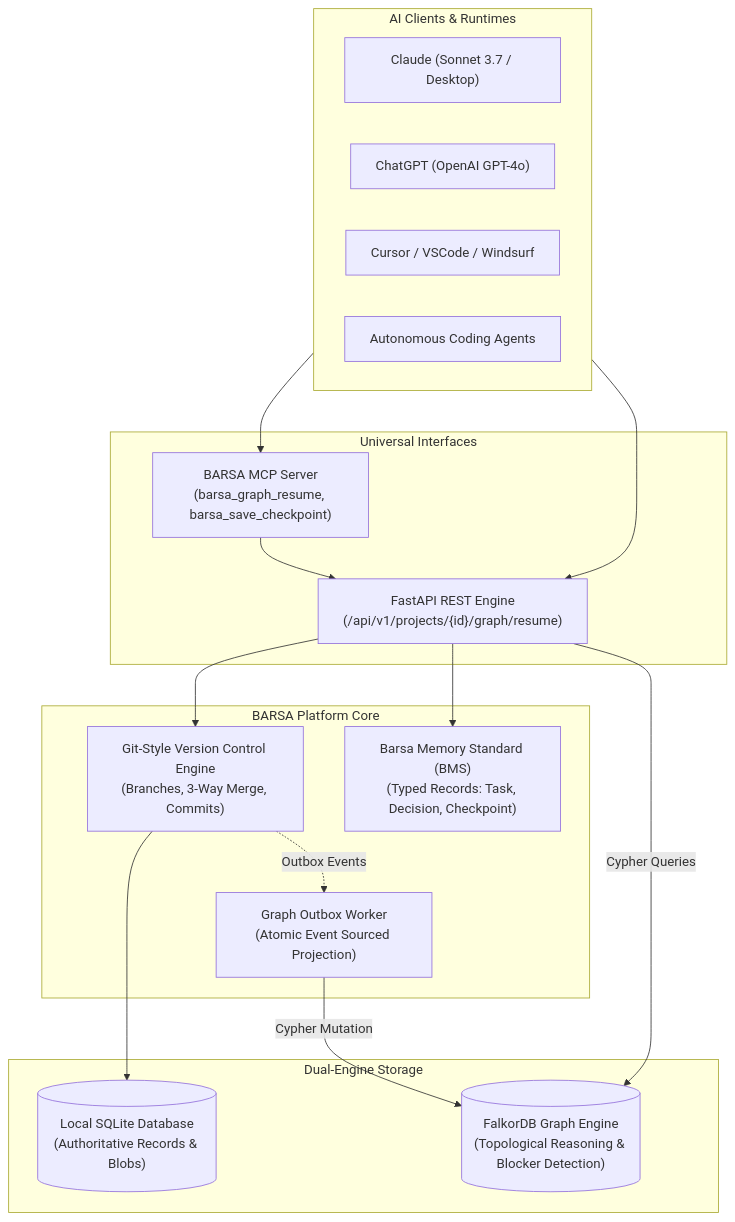
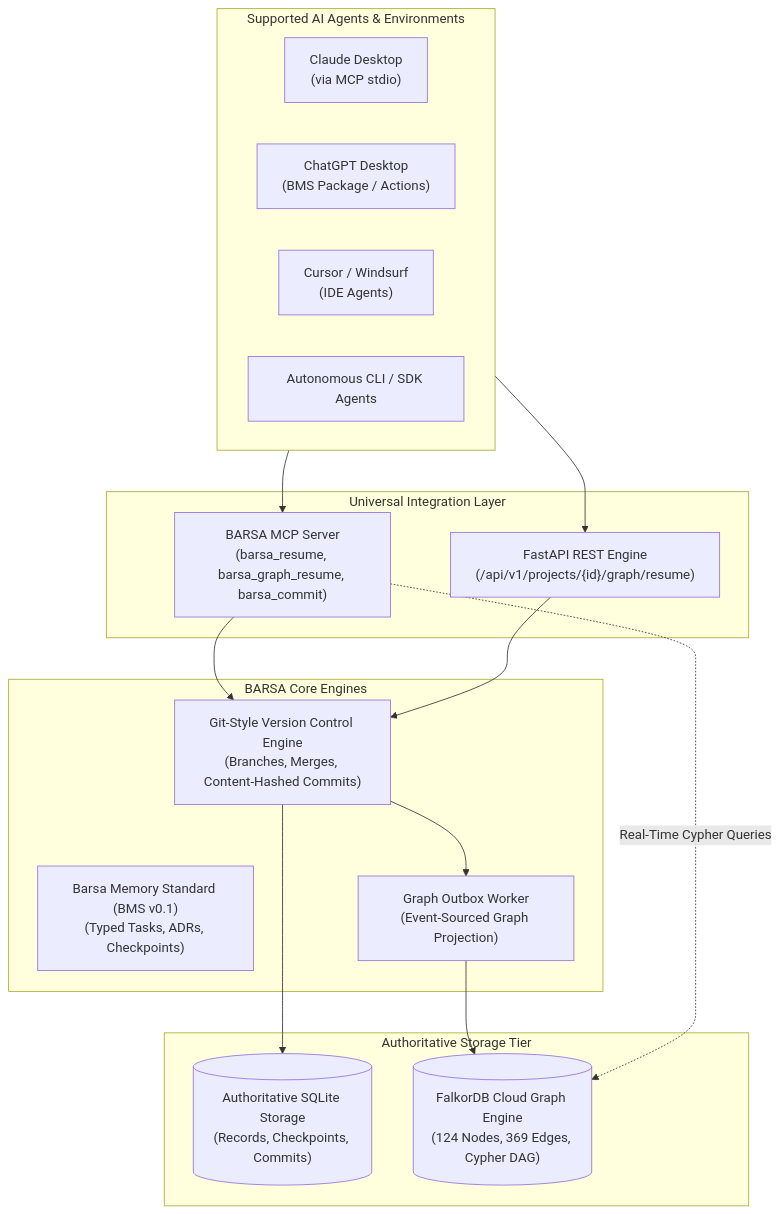
Before and after one commit to govind-ma/BARSA: the diagram in README.md, drawn with Mermaid. The commit also changed other lines of this file, not shown here.

````diff
--- a/README.md
+++ b/README.md
@@ -50,35 +87,34 @@
 ```mermaid
 flowchart TD
-    subgraph Clients["AI Clients & Runtimes"]
-        C1["Claude (Sonnet 3.7 / Desktop)"]
-        C2["ChatGPT (OpenAI GPT-4o)"]
-        C3["Cursor / VSCode / Windsurf"]
-        C4["Autonomous Coding Agents"]
+    subgraph Clients["Supported AI Agents & Environments"]
+        C1["Claude Desktop<br/>(via MCP stdio)"]
+        C2["ChatGPT Desktop<br/>(BMS Package / Actions)"]
+        C3["Cursor / Windsurf<br/>(IDE Agents)"]
+        C4["Autonomous CLI / SDK Agents"]
     end
 
-    subgraph Interface["Universal Interfaces"]
-        MCP["BARSA MCP Server<br/>(barsa_graph_resume, barsa_save_checkpoint)"]
+    subgraph Interface["Universal Integration Layer"]
+        MCP["BARSA MCP Server<br/>(barsa_resume, barsa_graph_resume, barsa_commit)"]
         REST["FastAPI REST Engine<br/>(/api/v1/projects/{id}/graph/resume)"]
     end
 
-    subgraph Core["BARSA Platform Core"]
-        VCS["Git-Style Version Control Engine<br/>(Branches, 3-Way Merge, Commits)"]
-        BMS["Barsa Memory Standard (BMS)<br/>(Typed Records: Task, Decision, Checkpoint)"]
-        Projection["Graph Outbox Worker<br/>(Atomic Event Sourced Projection)"]
+    subgraph Core["BARSA Core Engines"]
+        VCS["Git-Style Version Control Engine<br/>(Branches, Merges, Content-Hashed Commits)"]
+        BMS["Barsa Memory Standard (BMS v0.1)<br/>(Typed Tasks, ADRs, Checkpoints)"]
+        Worker["Graph Outbox Worker<br/>(Event-Sourced Graph Projection)"]
     end
 
-    subgraph Storage["Dual-Engine Storage"]
-        SQLite[("Local SQLite Database<br/>(Authoritative Records & Blobs)")]
-        FalkorDB[("FalkorDB Graph Engine<br/>(Topological Reasoning & Blocker Detection)")]
+    subgraph Storage["Authoritative Storage Tier"]
+        SQLite[("Authoritative SQLite Storage<br/>(Records, Checkpoints, Commits)")]
+        FalkorDB[("FalkorDB Cloud Graph Engine<br/>(124 Nodes, 369 Edges, Cypher DAG)")]
     end
 
     Clients --> MCP
     Clients --> REST
-    MCP --> REST
+    MCP --> VCS
     REST --> VCS
-    REST --> BMS
     VCS --> SQLite
-    VCS -.->|Outbox Events| Projection
-    Projection -->|Cypher Mutation| FalkorDB
-    REST -->|Cypher Queries| FalkorDB
+    VCS --> Worker
+    Worker --> FalkorDB
+    MCP -.->|Real-Time Cypher Queries| FalkorDB
 ```
````
